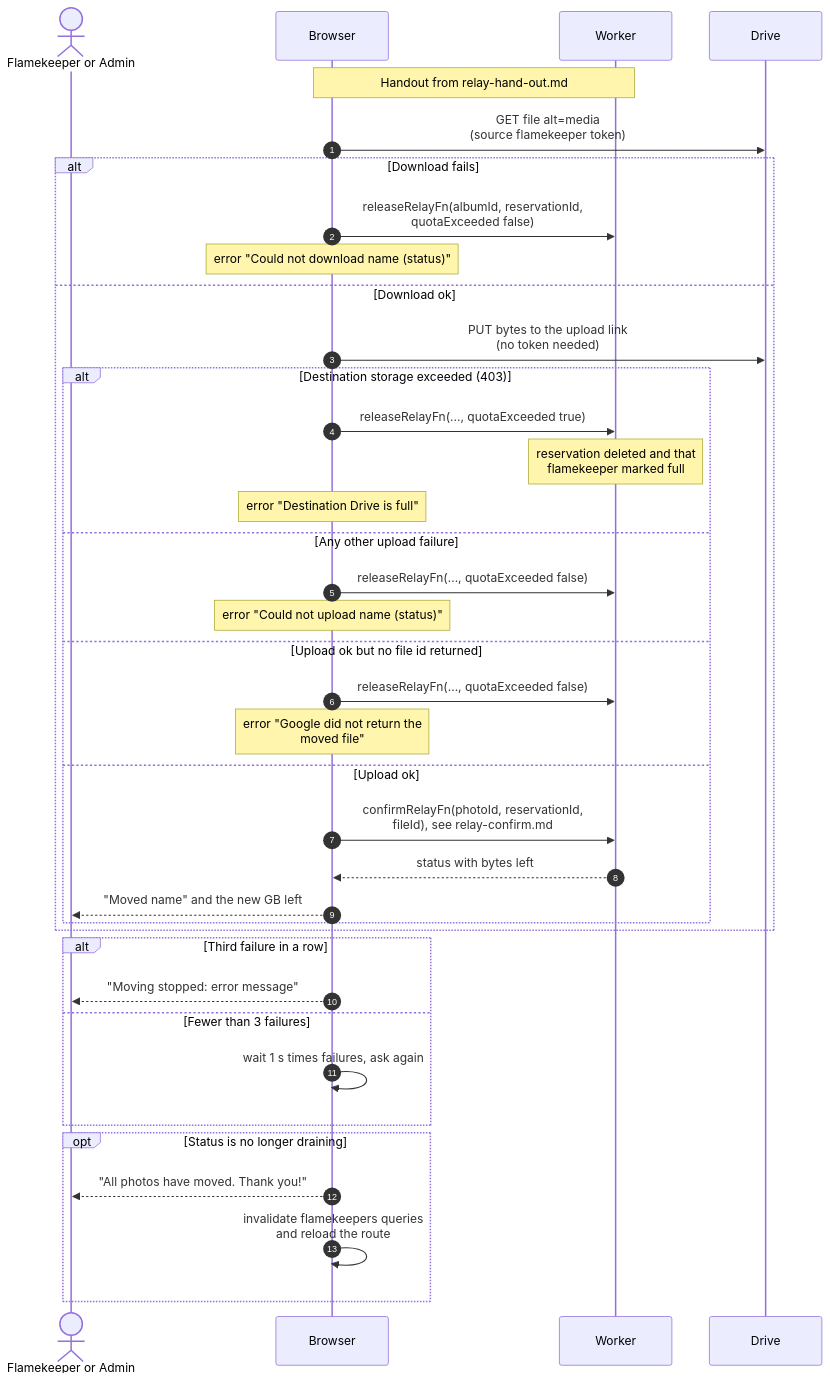
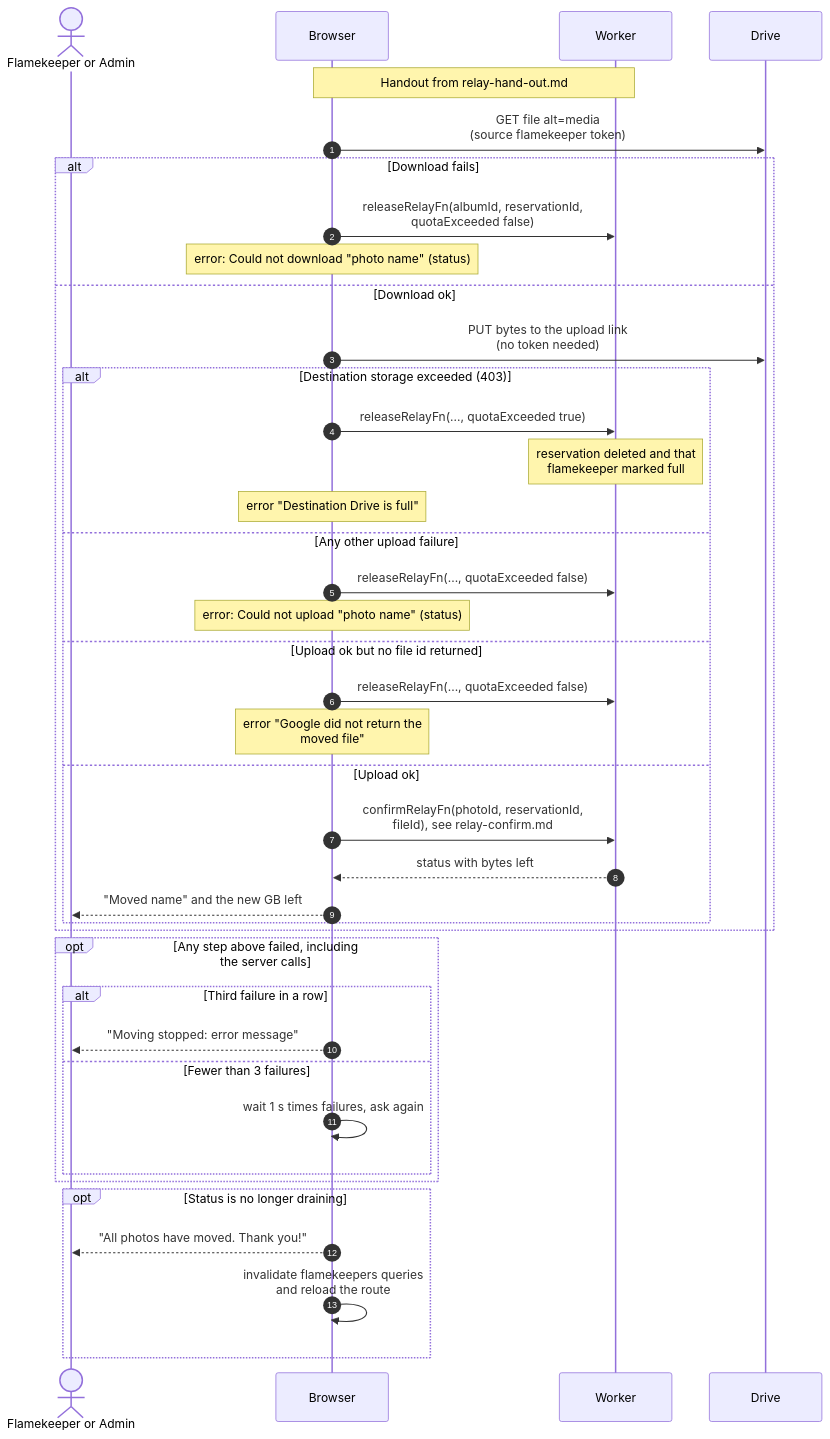
Before and after one commit to sagyzdop/meriksirat: the diagram in docs/scenarios/flamekeepers/relay-move-photo.md, drawn with Mermaid. The commit also changed other lines of this file and 12 other files, not shown here.

Commit message:
docs(scenarios): verify flamekeepers diagrams against the code

````diff
--- a/docs/scenarios/flamekeepers/relay-move-photo.md
+++ b/docs/scenarios/flamekeepers/relay-move-photo.md
@@ -24,40 +30,42 @@
 ```mermaid
 sequenceDiagram
     autonumber
     actor P as Flamekeeper or Admin
     participant Browser
     participant Worker
     participant Drive
     Note over Browser,Worker: Handout from relay-hand-out.md
     Browser->>Drive: GET file alt=media<br/>(source flamekeeper token)
     alt Download fails
         Browser->>Worker: releaseRelayFn(albumId, reservationId,<br/>quotaExceeded false)
-        Note over Browser: error "Could not download name (status)"
+        Note over Browser: error: Could not download "photo name" (status)
     else Download ok
         Browser->>Drive: PUT bytes to the upload link<br/>(no token needed)
         alt Destination storage exceeded (403)
             Browser->>Worker: releaseRelayFn(..., quotaExceeded true)
             Note over Worker: reservation deleted and that<br/>flamekeeper marked full
             Note over Browser: error "Destination Drive is full"
         else Any other upload failure
             Browser->>Worker: releaseRelayFn(..., quotaExceeded false)
-            Note over Browser: error "Could not upload name (status)"
+            Note over Browser: error: Could not upload "photo name" (status)
         else Upload ok but no file id returned
             Browser->>Worker: releaseRelayFn(..., quotaExceeded false)
             Note over Browser: error "Google did not return the<br/>moved file"
         else Upload ok
             Browser->>Worker: confirmRelayFn(photoId, reservationId,<br/>fileId), see relay-confirm.md
             Worker-->>Browser: status with bytes left
             Browser-->>P: "Moved name" and the new GB left
         end
     end
-    alt Third failure in a row
-        Browser-->>P: "Moving stopped: error message"
-    else Fewer than 3 failures
-        Browser->>Browser: wait 1 s times failures, ask again
+    opt Any step above failed, including the server calls
+        alt Third failure in a row
+            Browser-->>P: "Moving stopped: error message"
+        else Fewer than 3 failures
+            Browser->>Browser: wait 1 s times failures, ask again
+        end
     end
     opt Status is no longer draining
         Browser-->>P: "All photos have moved. Thank you!"
         Browser->>Browser: invalidate flamekeepers queries<br/>and reload the route
     end
 ```
````
